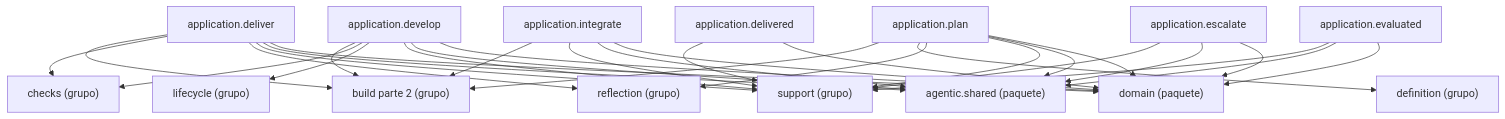
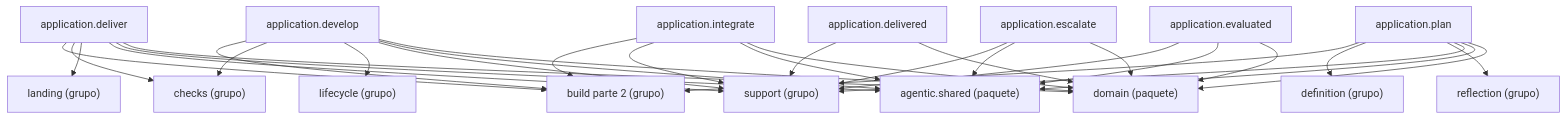
One commit to GonzaloZevallos/agentic-system changed the diagram in docs/architecture/generated/packages-process-application-build-1.md. Above: the diagram before and after it, drawn with Mermaid. The commit also changed 6 other files, not shown here.

Commit message:
Merge master into GH-689; place application.tracker_items in the landing cluster now that reflection is full

````diff
--- a/docs/architecture/generated/packages-process-application-build-1.md
+++ b/docs/architecture/generated/packages-process-application-build-1.md
@@ -16,48 +16,49 @@
 ```mermaid
 graph TD
     g_application__build__2["build parte 2 (grupo)"]
     g_application__checks["checks (grupo)"]
     g_application__definition["definition (grupo)"]
+    g_application__landing["landing (grupo)"]
     g_application__lifecycle["lifecycle (grupo)"]
     g_application__reflection["reflection (grupo)"]
     g_application__support["support (grupo)"]
     g_pkg__agentic__shared["agentic.shared (paquete)"]
     g_pkg__domain["domain (paquete)"]
     m_application__deliver["application.deliver"]
     m_application__delivered["application.delivered"]
     m_application__develop["application.develop"]
     m_application__escalate["application.escalate"]
     m_application__evaluated["application.evaluated"]
     m_application__integrate["application.integrate"]
     m_application__plan["application.plan"]
     m_application__deliver --> g_application__build__2
     m_application__deliver --> g_application__checks
-    m_application__deliver --> g_application__reflection
+    m_application__deliver --> g_application__landing
     m_application__deliver --> g_application__support
     m_application__deliver --> g_pkg__agentic__shared
     m_application__deliver --> g_pkg__domain
     m_application__delivered --> g_application__support
     m_application__delivered --> g_pkg__domain
     m_application__develop --> g_application__build__2
     m_application__develop --> g_application__checks
     m_application__develop --> g_application__lifecycle
     m_application__develop --> g_application__support
     m_application__develop --> g_pkg__agentic__shared
     m_application__develop --> g_pkg__domain
     m_application__escalate --> g_application__support
     m_application__escalate --> g_pkg__agentic__shared
     m_application__escalate --> g_pkg__domain
     m_application__evaluated --> g_application__support
     m_application__evaluated --> g_pkg__agentic__shared
     m_application__evaluated --> g_pkg__domain
     m_application__integrate --> g_application__build__2
     m_application__integrate --> g_application__support
     m_application__integrate --> g_pkg__agentic__shared
     m_application__integrate --> g_pkg__domain
     m_application__plan --> g_application__build__2
     m_application__plan --> g_application__definition
     m_application__plan --> g_application__reflection
     m_application__plan --> g_application__support
     m_application__plan --> g_pkg__agentic__shared
     m_application__plan --> g_pkg__domain
 ```
````
